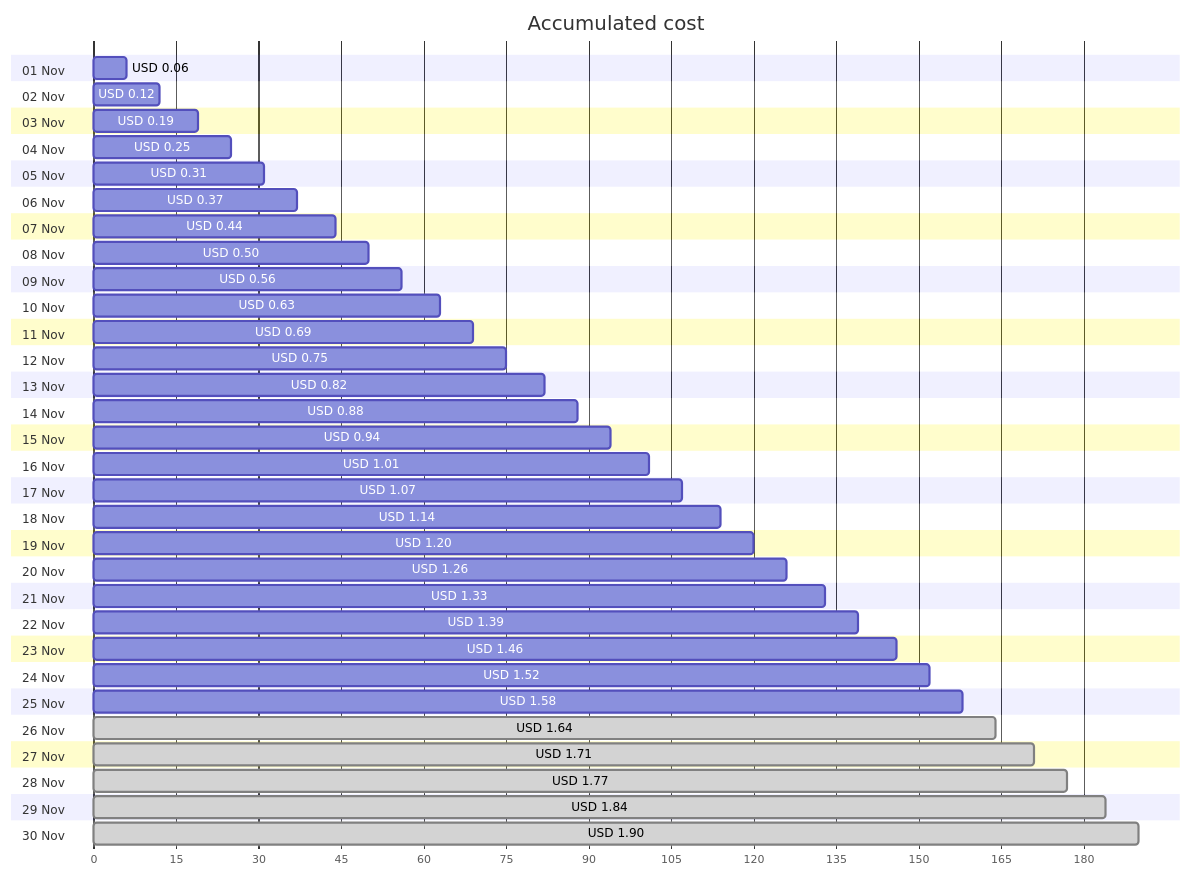
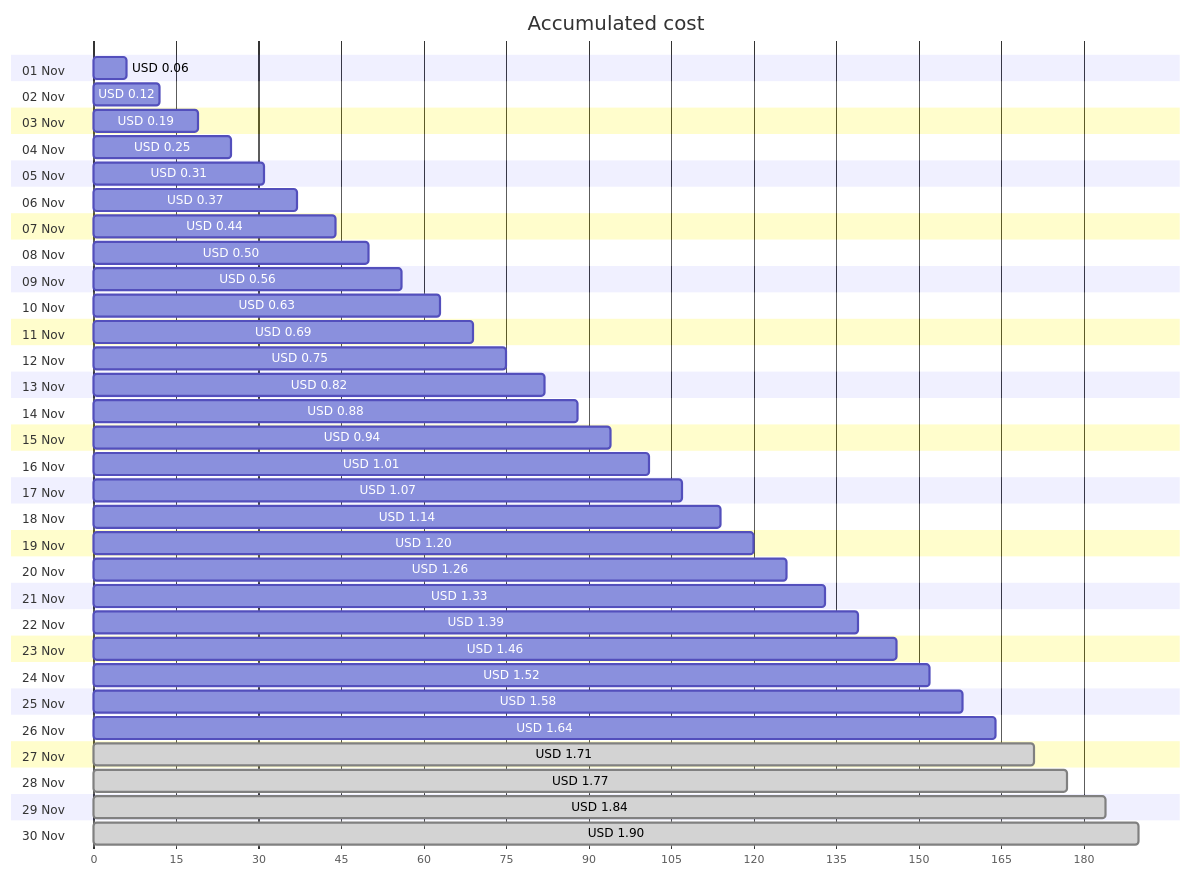
The first of 4 diagrams in cost-reports/personal-network/backup-server_OsDisk.md (jpfulton/azure-personal-reports), drawn with Mermaid before and after one commit. The commit also changed other lines of this file and 8 other files, not shown here.

````diff
--- a/cost-reports/personal-network/backup-server_OsDisk.md
+++ b/cost-reports/personal-network/backup-server_OsDisk.md
@@ -20,66 +20,66 @@
 ```mermaid
 gantt
    title Accumulated cost
    dateFormat  X
    axisFormat %s
    section 01 Nov
    USD 0.06 :0, 6
    section 02 Nov
    USD 0.12 :0, 12
    section 03 Nov
    USD 0.19 :0, 19
    section 04 Nov
    USD 0.25 :0, 25
    section 05 Nov
    USD 0.31 :0, 31
    section 06 Nov
    USD 0.37 :0, 37
    section 07 Nov
    USD 0.44 :0, 44
    section 08 Nov
    USD 0.50 :0, 50
    section 09 Nov
    USD 0.56 :0, 56
    section 10 Nov
    USD 0.63 :0, 63
    section 11 Nov
    USD 0.69 :0, 69
    section 12 Nov
    USD 0.75 :0, 75
    section 13 Nov
    USD 0.82 :0, 82
    section 14 Nov
    USD 0.88 :0, 88
    section 15 Nov
    USD 0.94 :0, 94
    section 16 Nov
    USD 1.01 :0, 101
    section 17 Nov
    USD 1.07 :0, 107
    section 18 Nov
    USD 1.14 :0, 114
    section 19 Nov
    USD 1.20 :0, 120
    section 20 Nov
    USD 1.26 :0, 126
    section 21 Nov
    USD 1.33 :0, 133
    section 22 Nov
    USD 1.39 :0, 139
    section 23 Nov
    USD 1.46 :0, 146
    section 24 Nov
    USD 1.52 :0, 152
    section 25 Nov
    USD 1.58 :0, 158
    section 26 Nov
-   USD 1.64 : done, 0, 164
+   USD 1.64 :0, 164
    section 27 Nov
    USD 1.71 : done, 0, 171
    section 28 Nov
    USD 1.77 : done, 0, 177
    section 29 Nov
    USD 1.84 : done, 0, 184
    section 30 Nov
    USD 1.90 : done, 0, 190
 ```
````
